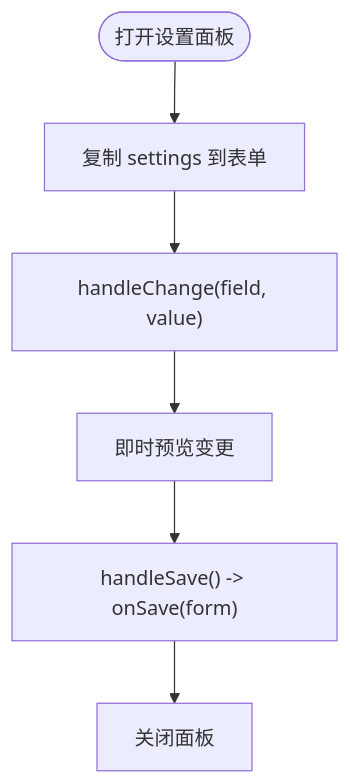
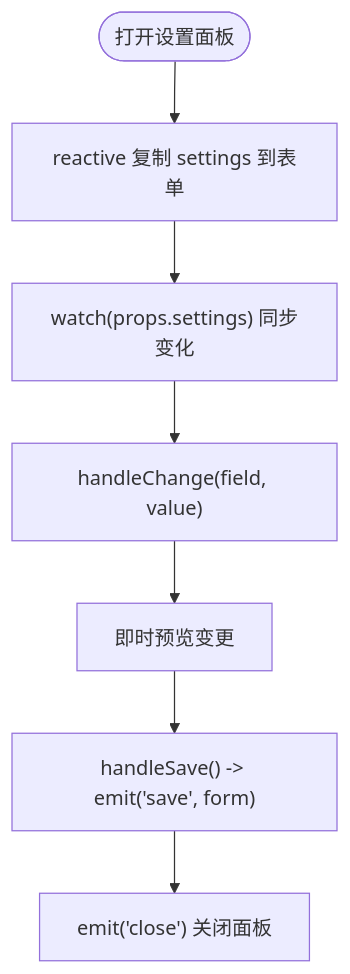
One commit to hallllla/QAQ-Agent changed the fifth of 9 diagrams in .qoder/repowiki/zh/content/系统架构/渲染器进程架构.md. Above: the diagram before and after it, drawn with Mermaid. The commit also changed other lines of this file and 23 other files, not shown here.

````diff
--- a/.qoder/repowiki/zh/content/系统架构/渲染器进程架构.md
+++ b/.qoder/repowiki/zh/content/系统架构/渲染器进程架构.md
@@ -211,8 +230,9 @@
 ```mermaid
 flowchart TD
-Open(["打开设置面板"]) --> FormInit["复制 settings 到表单"]
-FormInit --> Change["handleChange(field, value)"]
+Open(["打开设置面板"]) --> FormInit["reactive 复制 settings 到表单"]
+FormInit --> Watch["watch(props.settings) 同步变化"]
+Watch --> Change["handleChange(field, value)"]
 Change --> Preview["即时预览变更"]
-Preview --> Save["handleSave() -> onSave(form)"]
-Save --> Close["关闭面板"]
+Preview --> Save["handleSave() -> emit('save', form)"]
+Save --> Close["emit('close') 关闭面板"]
 ```
````
